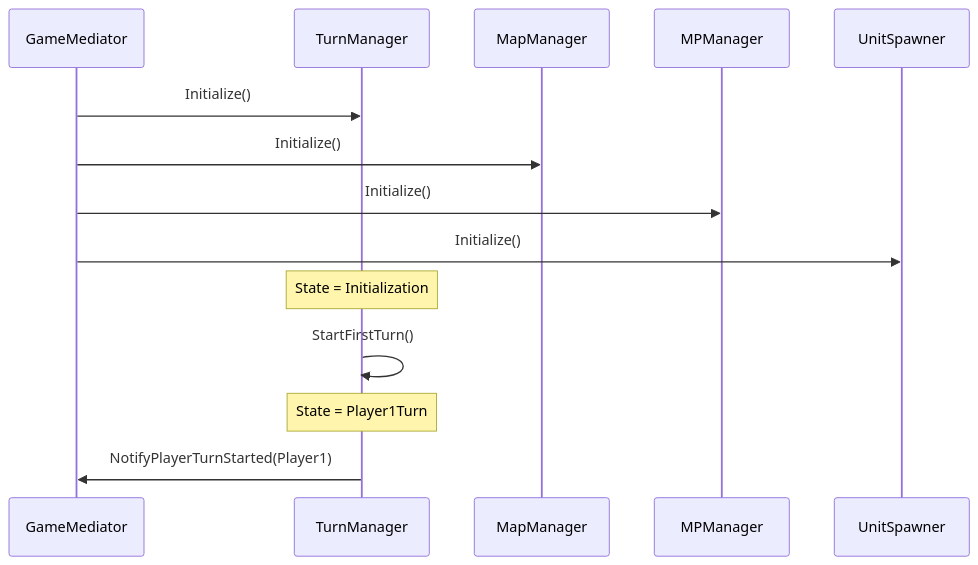
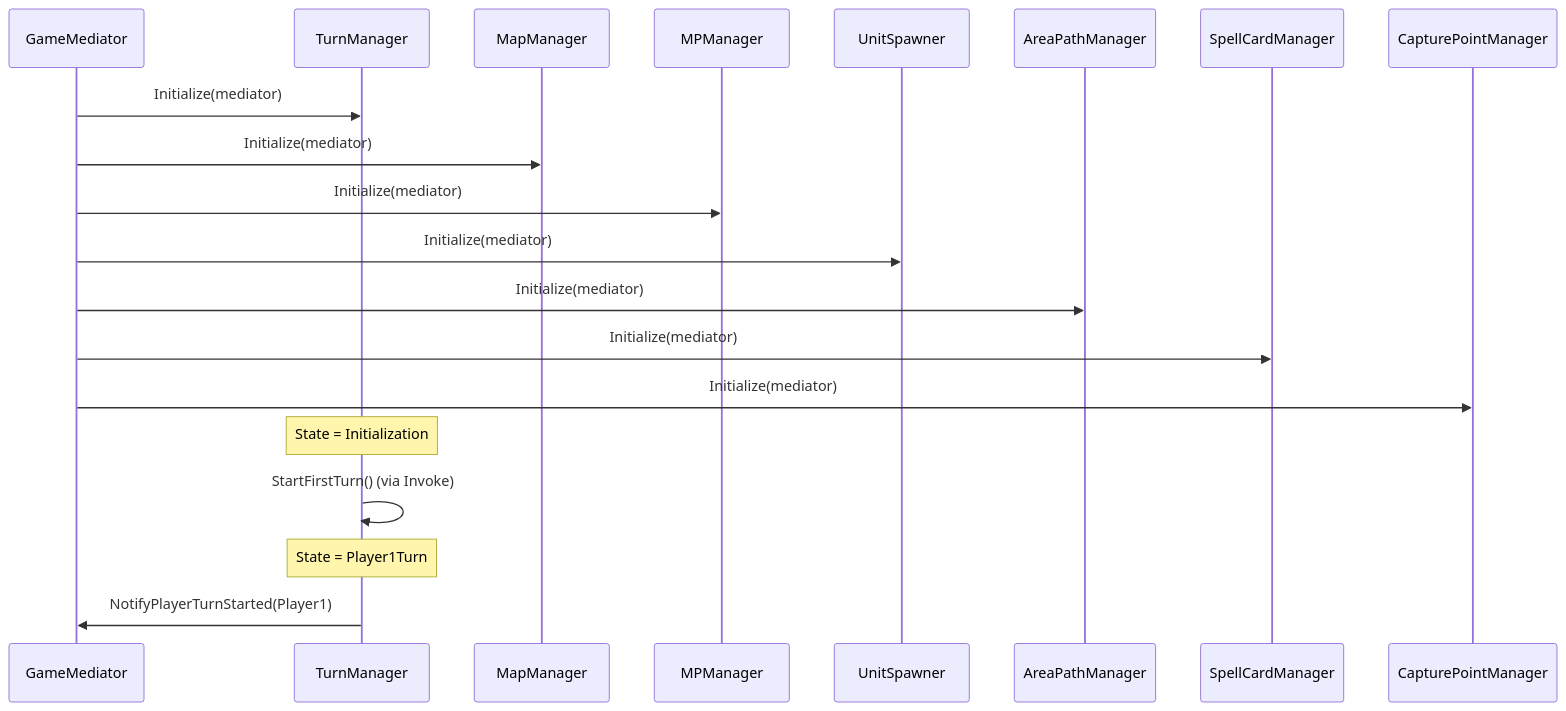
One commit to manhtruong594/turnbased_2025 changed the first of 8 diagrams in Assets/Docs/Systems docs/Core_Gameloop_System.md. Above: the diagram before and after it, drawn with Mermaid. The commit also changed other lines of this file and 74 other files, not shown here.

````diff
--- a/Assets/Docs/Systems docs/Core_Gameloop_System.md
+++ b/Assets/Docs/Systems docs/Core_Gameloop_System.md
@@ -59,18 +72,24 @@
 ```mermaid
 sequenceDiagram
     participant GM as GameMediator
     participant TM as TurnManager
     participant MM as MapManager
     participant MPM as MPManager
     participant US as UnitSpawner
+    participant APM as AreaPathManager
+    participant SCM as SpellCardManager
+    participant CPM as CapturePointManager
     
-    GM->>TM: Initialize()
-    GM->>MM: Initialize()
-    GM->>MPM: Initialize()
-    GM->>US: Initialize()
+    GM->>TM: Initialize(mediator)
+    GM->>MM: Initialize(mediator)
+    GM->>MPM: Initialize(mediator)
+    GM->>US: Initialize(mediator)
+    GM->>APM: Initialize(mediator)
+    GM->>SCM: Initialize(mediator)
+    GM->>CPM: Initialize(mediator)
     
     Note over TM: State = Initialization
-    TM->>TM: StartFirstTurn()
+    TM->>TM: StartFirstTurn() (via Invoke)
     Note over TM: State = Player1Turn
     TM->>GM: NotifyPlayerTurnStarted(Player1)
 ```
````
